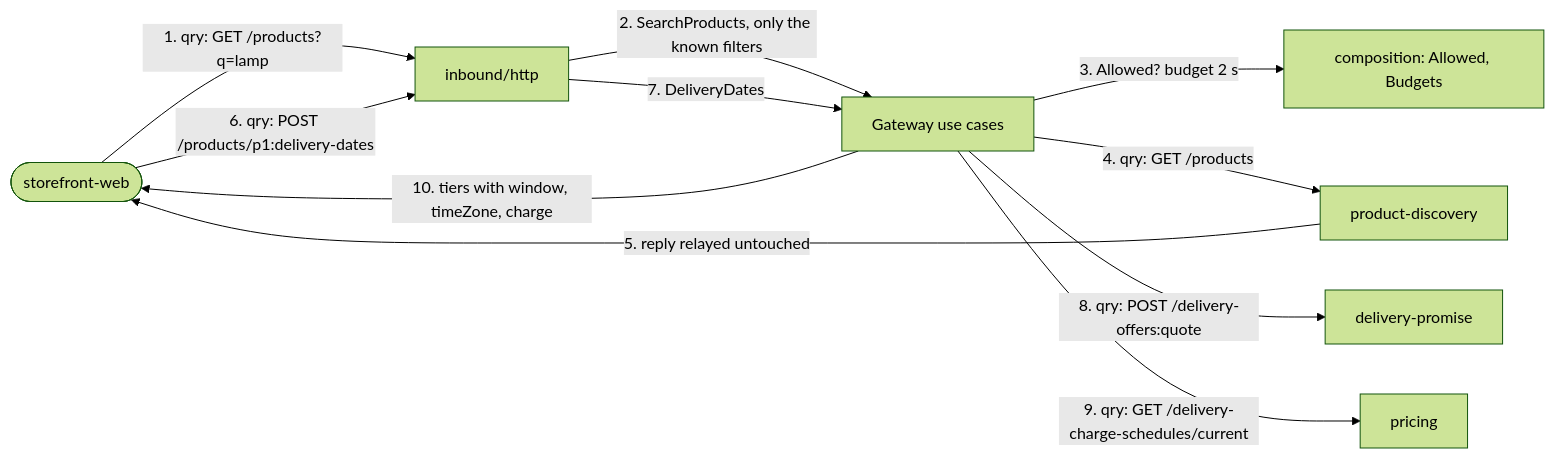
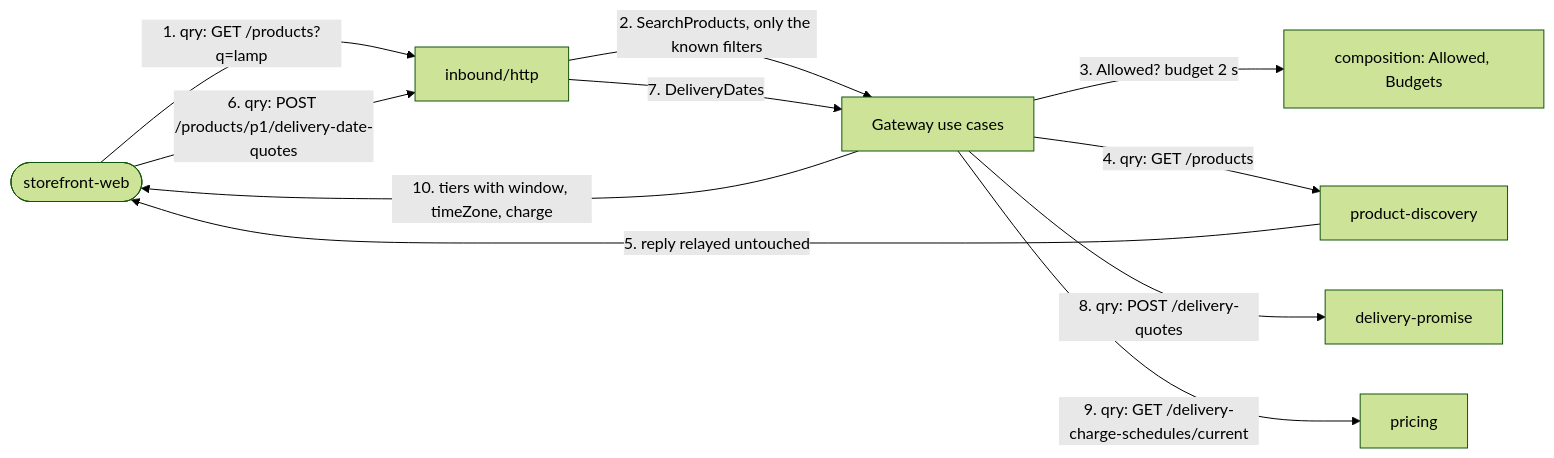
The first of 4 diagrams in docs/docs/ddd/domain-message-flow.md (IQVO/storefront-bff), drawn with Mermaid (forest theme) before and after one commit. The commit also changed other lines of this file and 17 other files, not shown here.

````diff
--- a/docs/docs/ddd/domain-message-flow.md
+++ b/docs/docs/ddd/domain-message-flow.md
@@ -23,20 +23,20 @@
 ```mermaid
 flowchart LR
     web(["storefront-web"])
     http["inbound/http"]
     gw["Gateway use cases"]
     dom["composition: Allowed, Budgets"]
     pd["product-discovery"]
     dp["delivery-promise"]
     pr["pricing"]
     web -->|"1. qry: GET /products?q=lamp"| http
     http -->|"2. SearchProducts, only the known filters"| gw
     gw -->|"3. Allowed? budget 2 s"| dom
     gw -->|"4. qry: GET /products"| pd
     pd -->|"5. reply relayed untouched"| web
-    web -->|"6. qry: POST /products/p1:delivery-dates"| http
+    web -->|"6. qry: POST /products/p1/delivery-date-quotes"| http
     http -->|"7. DeliveryDates"| gw
-    gw -->|"8. qry: POST /delivery-offers:quote"| dp
+    gw -->|"8. qry: POST /delivery-quotes"| dp
     gw -->|"9. qry: GET /delivery-charge-schedules/current"| pr
     gw -->|"10. tiers with window, timeZone, charge"| web
 ```
````
